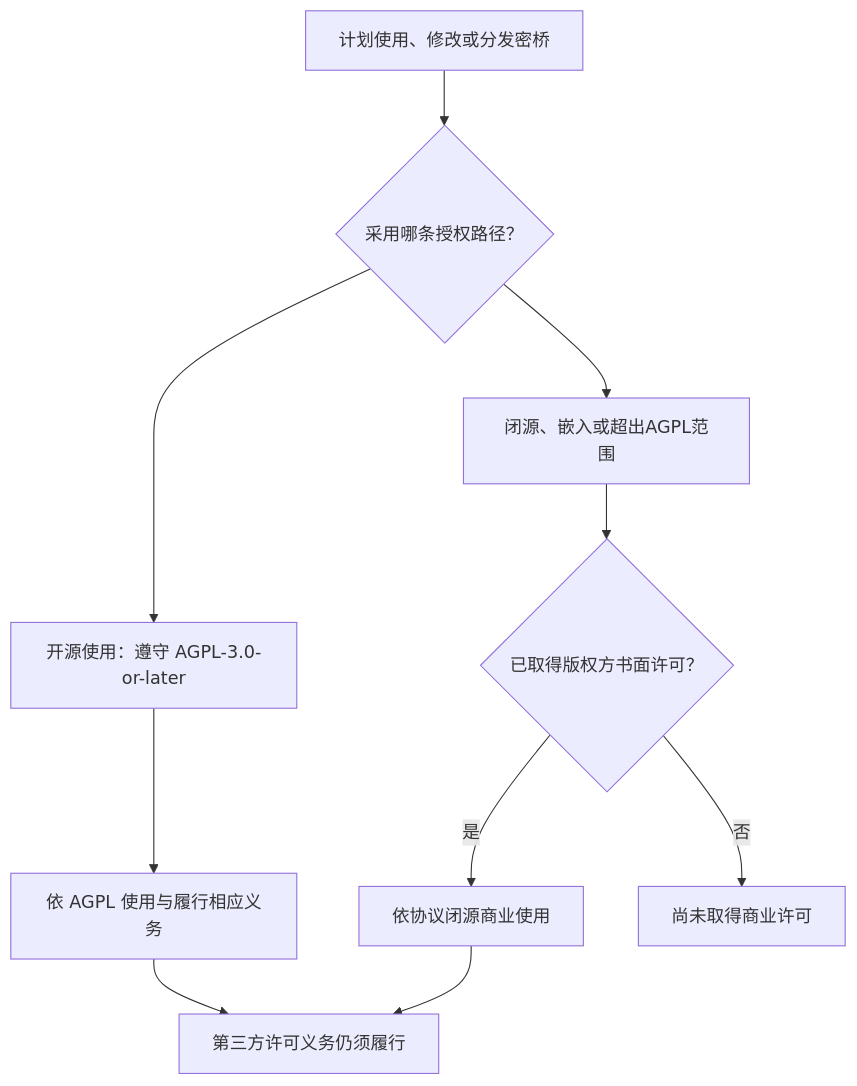
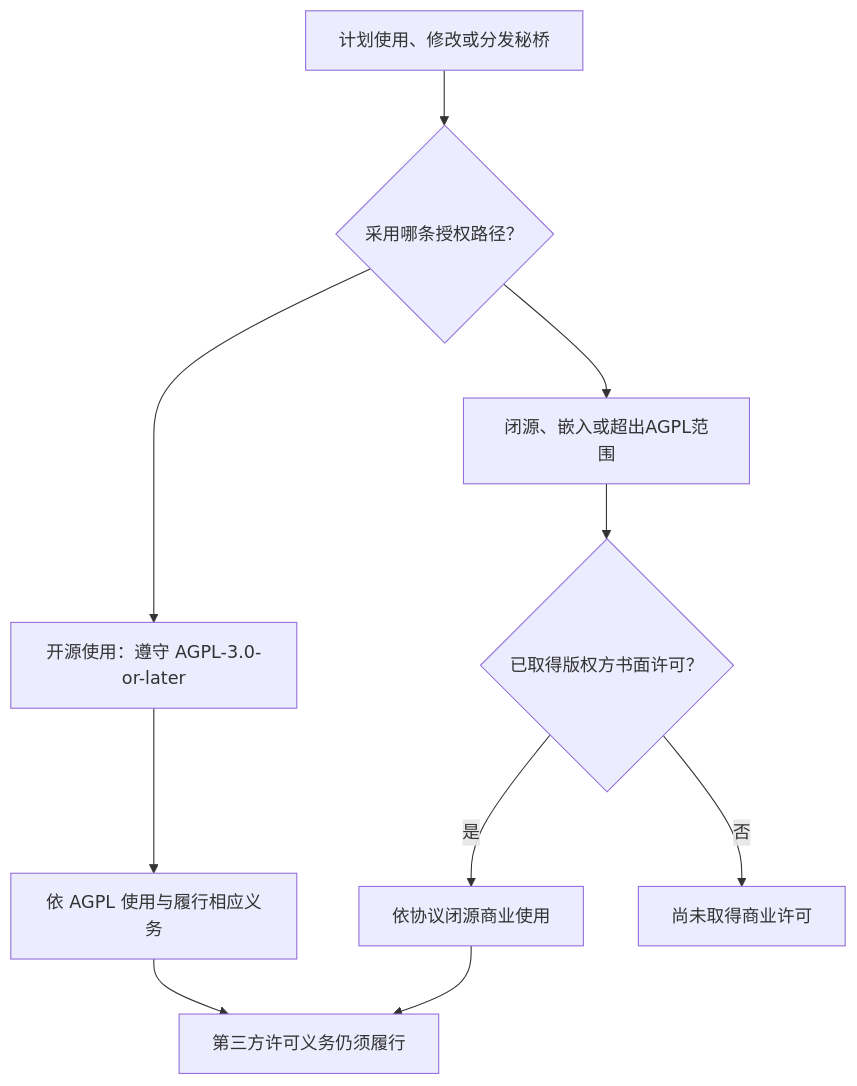
The diagram in LICENSING.md (qq940500529/secretbridge), drawn with Mermaid before and after one commit. The commit also changed 32 other files, not shown here.

````diff
--- a/LICENSING.md
+++ b/LICENSING.md
@@ -11,12 +11,12 @@
 ```mermaid
 flowchart TB
-    A["计划使用、修改或分发密桥"] --> B{"采用哪条授权路径？"}
+    A["计划使用、修改或分发秘桥"] --> B{"采用哪条授权路径？"}
     B --> C["开源使用：遵守 AGPL-3.0-or-later"]
     B --> D["闭源、嵌入或超出AGPL范围"]
     C --> E["依 AGPL 使用与履行相应义务"]
     D --> F{"已取得版权方书面许可？"}
     F -->|"是"| G["依协议闭源商业使用"]
     F -->|"否"| H["尚未取得商业许可"]
     E --> I["第三方许可义务仍须履行"]
     G --> I
 ```
````
